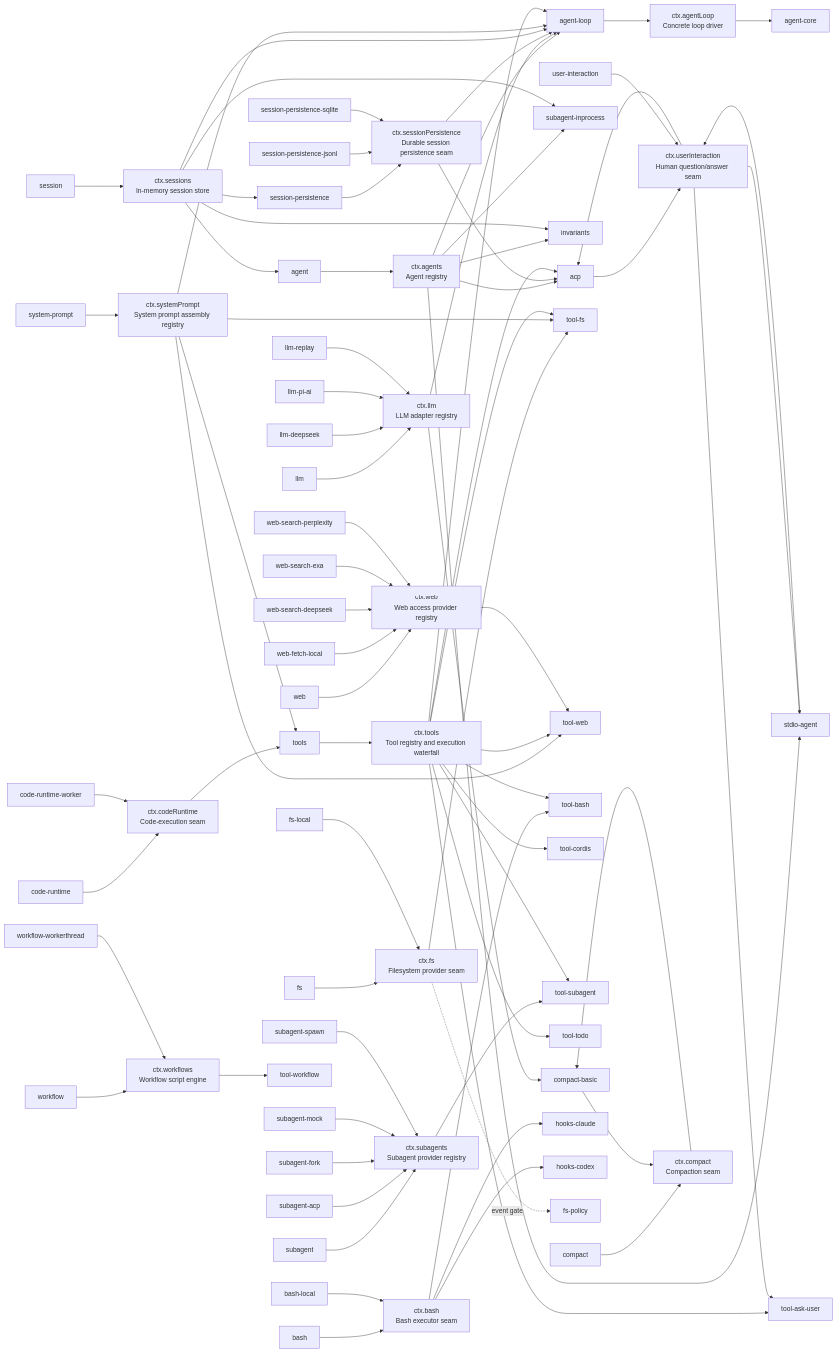
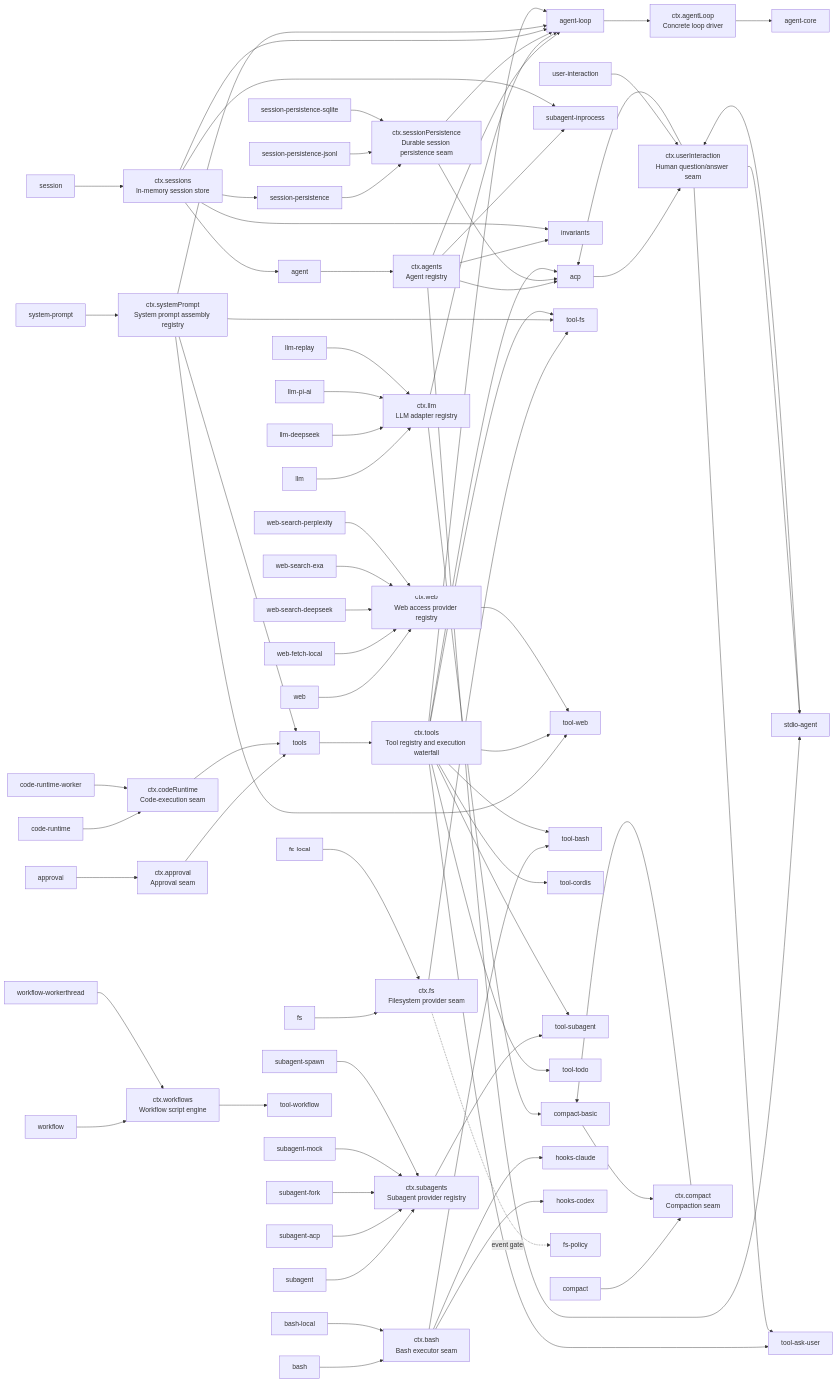
Before and after one commit to 007M7/DeepCode: the diagram in docs/capability-seams.md, drawn with Mermaid. The commit also changed other lines of this file and 24 other files, not shown here.

First line of the commit message:
feat(approval): the approval seam — one-shot permission decisions over a waterfall of answerers

```diff
--- a/docs/capability-seams.md
+++ b/docs/capability-seams.md
@@ -46,6 +46,8 @@
   pkg_bash_local["bash-local"]
   pkg_hooks_claude["hooks-claude"]
   pkg_hooks_codex["hooks-codex"]
+  pkg_approval["approval"]
+  svc_approval["ctx.approval<br/>Approval seam"]
   pkg_code_runtime["code-runtime"]
   svc_codeRuntime["ctx.codeRuntime<br/>Code-execution seam"]
   pkg_code_runtime_worker["code-runtime-worker"]
@@ -74,6 +76,7 @@
   pkg_acp --> svc_userInteraction
   pkg_agent --> svc_agents
   pkg_agent_loop --> svc_agentLoop
+  pkg_approval --> svc_approval
   pkg_bash --> svc_bash
   pkg_bash_local --> svc_bash
   pkg_code_runtime --> svc_codeRuntime
@@ -112,6 +115,7 @@
   svc_agents --> pkg_invariants
   svc_agents --> pkg_stdio_agent
   svc_agents --> pkg_subagent_inprocess
+  svc_approval --> pkg_tools
   svc_bash --> pkg_hooks_claude
   svc_bash --> pkg_hooks_codex
   svc_bash --> pkg_tool_bash
```
